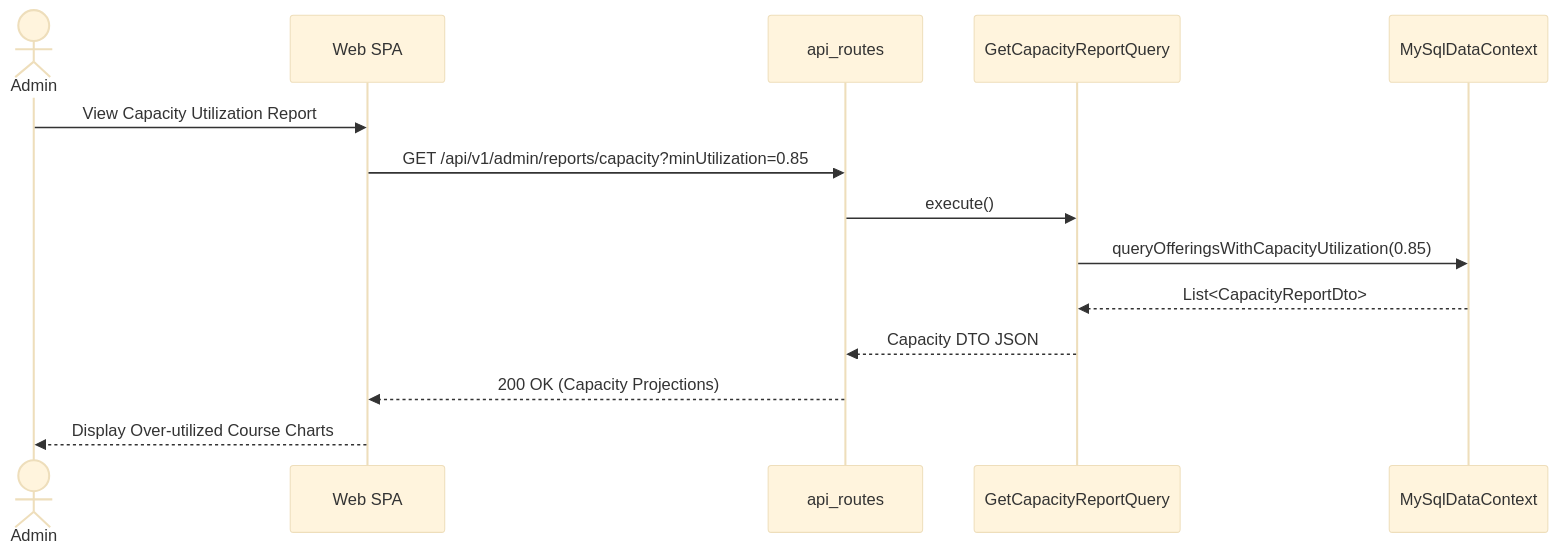
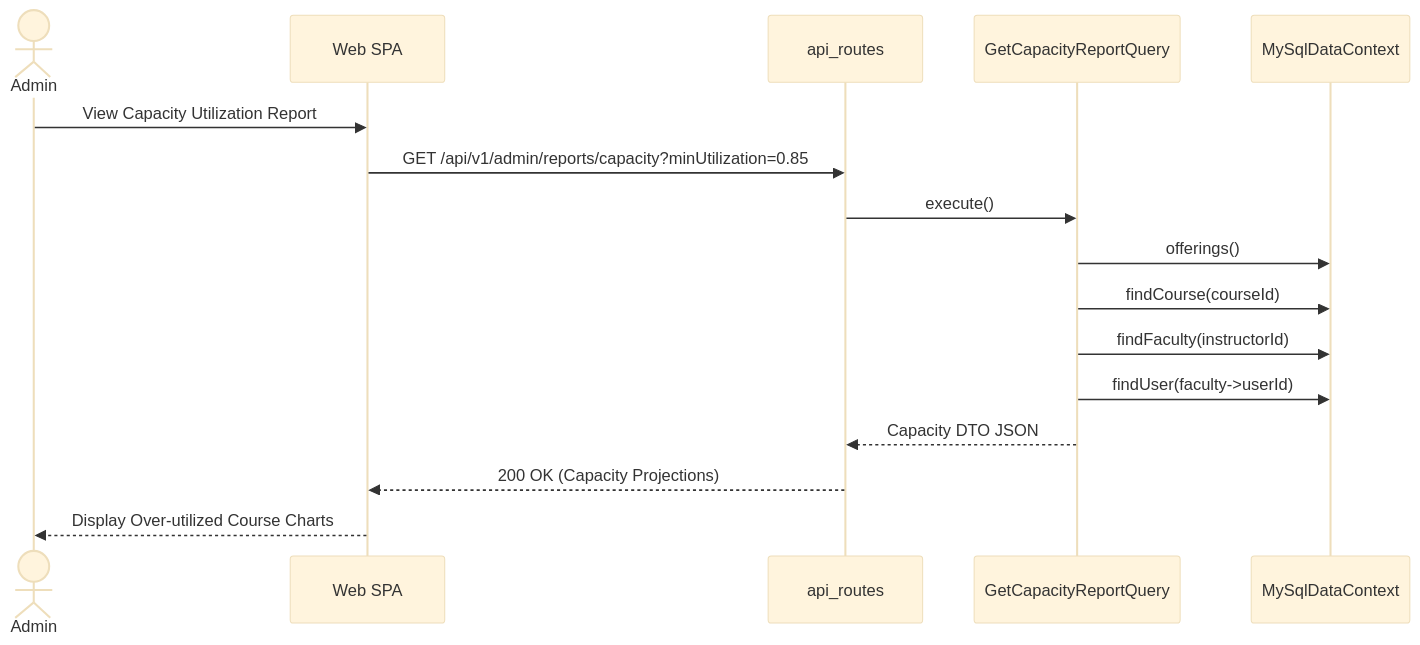
Diagram 13 of 13 in docs/uml_sequence_diagram.md (DesanSilva/university-course-enrolment-system), drawn with Mermaid (base theme) before and after one commit. The commit also changed other lines of this file and 3 other files, not shown here.

Commit message:
updated UML diagrams

````diff
--- a/docs/uml_sequence_diagram.md
+++ b/docs/uml_sequence_diagram.md
@@ -321,17 +381,19 @@
 ```mermaid
 sequenceDiagram
     actor Admin
     participant SPA as Web SPA
     participant Router as api_routes
     participant Query as GetCapacityReportQuery
     participant Store as MySqlDataContext
 
     Admin->>SPA: View Capacity Utilization Report
     SPA->>Router: GET /api/v1/admin/reports/capacity?minUtilization=0.85
     Router->>Query: execute()
-    Query->>Store: queryOfferingsWithCapacityUtilization(0.85)
-    Store-->>Query: List<CapacityReportDto>
+    Query->>Store: offerings()
+    Query->>Store: findCourse(courseId)
+    Query->>Store: findFaculty(instructorId)
+    Query->>Store: findUser(faculty->userId)
     Query-->>Router: Capacity DTO JSON
     Router-->>SPA: 200 OK (Capacity Projections)
     SPA-->>Admin: Display Over-utilized Course Charts
 ```
````
